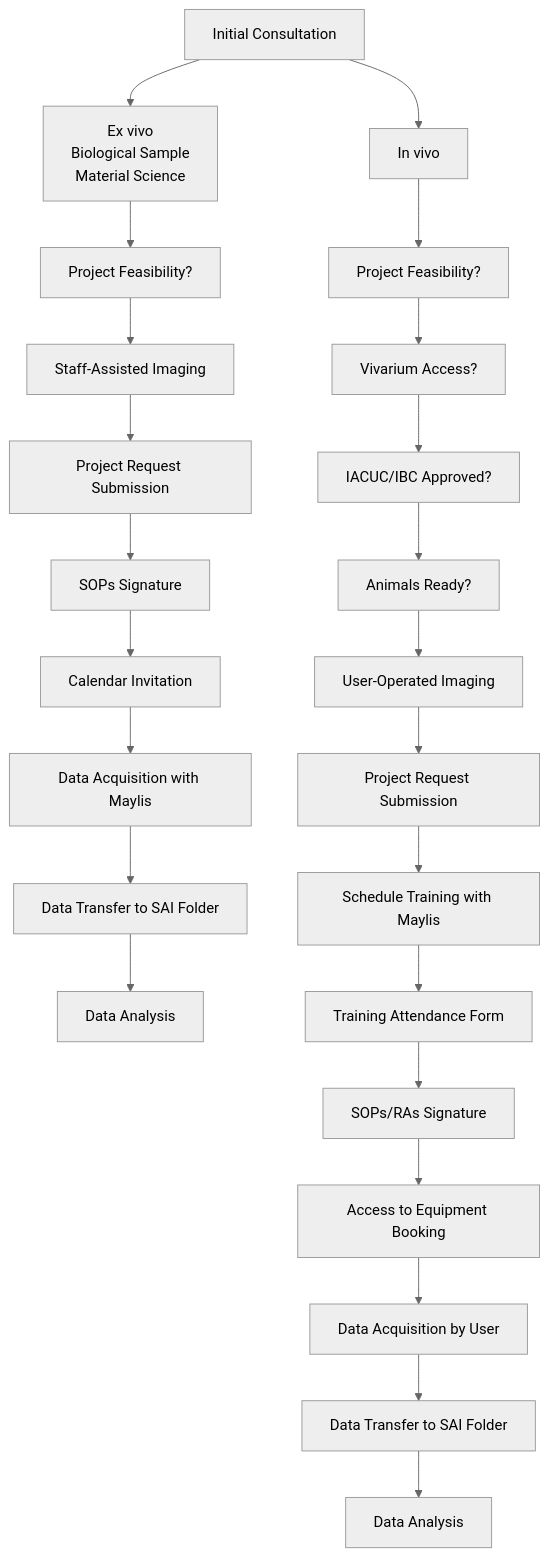
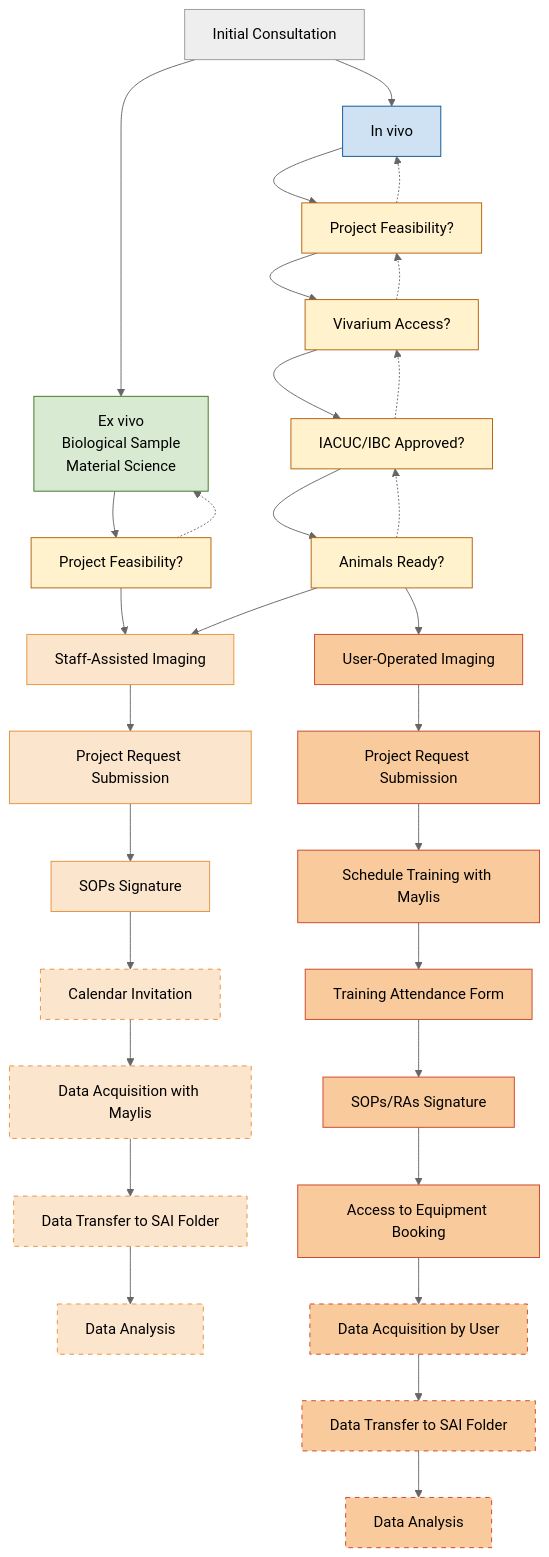
Before and after one commit to BioMedicalImaging-Core-NYUAD/smallanimalimaging-lab-documentation: the diagram in docs/source/1-lab-overview/SAI_scheduling.rst, drawn with Mermaid (neutral theme).

```diff
--- a/docs/source/1-lab-overview/SAI_scheduling.rst
+++ b/docs/source/1-lab-overview/SAI_scheduling.rst
@@ -8,32 +8,68 @@
 .. mermaid::
 
     graph TD
 
-    %% Initial Paths
-    A["Initial Consultation"] --> B["Ex vivo<br>Biological Sample<br>Material Science"]
-    A --> C["In vivo"]
+    %% Styles
+    classDef exvivo fill:#d9ead3,stroke:#38761d,stroke-width:1px;
+    classDef invivo fill:#cfe2f3,stroke:#0b5394,stroke-width:1px;
+    classDef decision fill:#fff2cc,stroke:#b45f06,stroke-width:1px;
+    classDef staff fill:#fce5cd,stroke:#e69138,stroke-width:1px;
+    classDef user fill:#f9cb9c,stroke:#cc4125,stroke-width:1px;
+    classDef groupbox stroke-dasharray: 5 5;
 
-    %% Ex vivo Branch
-    B --> D["Project Feasibility?"]
-    D --> E["Staff-Assisted Imaging"]
-    E --> F["Project Request Submission"]
-    F --> G["SOPs Signature"]
-    G --> H["Calendar Invitation"]
-    H --> I["Data Acquisition with Maylis"]
-    I --> J["Data Transfer to SAI Folder"]
-    J --> K["Data Analysis"]
+    %% Nodes
+    A["Initial Consultation"]
 
-    %% In vivo Branch
-    C --> L["Project Feasibility?"]
-    L --> M["Vivarium Access?"]
-    M --> N["IACUC/IBC Approved?"]
-    N --> O["Animals Ready?"]
-    O --> P["User-Operated Imaging"]
-    P --> Q["Project Request Submission"]
-    Q --> R["Schedule Training with Maylis"]
-    R --> S["Training Attendance Form"]
-    S --> T["SOPs/RAs Signature"]
-    T --> U["Access to Equipment Booking"]
-    U --> V["Data Acquisition by User"]
-    V --> W["Data Transfer to SAI Folder"]
-    W --> X["Data Analysis"]
+    B["Ex vivo<br>Biological Sample<br>Material Science"]:::exvivo
+    C["In vivo"]:::invivo
+
+    D["Project Feasibility?"]:::decision
+    E["Staff-Assisted Imaging"]:::staff
+    F["Project Request Submission"]:::staff
+    G["SOPs Signature"]:::staff
+    H["Calendar Invitation"]:::staff
+    I["Data Acquisition with Maylis"]:::staff
+    J["Data Transfer to SAI Folder"]:::staff
+    K["Data Analysis"]:::staff
+
+    L["Project Feasibility?"]:::decision
+    M["Vivarium Access?"]:::decision
+    N["IACUC/IBC Approved?"]:::decision
+    O["Animals Ready?"]:::decision
+    P["User-Operated Imaging"]:::user
+    Q["Project Request Submission"]:::user
+    R["Schedule Training with Maylis"]:::user
+    S["Training Attendance Form"]:::user
+    T["SOPs/RAs Signature"]:::user
+    U["Access to Equipment Booking"]:::user
+    V["Data Acquisition by User"]:::user
+    W["Data Transfer to SAI Folder"]:::user
+    X["Data Analysis"]:::user
+
+    %% Flow
+    A --> B
+    A --> C
+
+    %% Ex vivo flow
+    B --> D
+    D --> E
+    D -.-> B
+    E --> F --> G --> H --> I --> J --> K
+
+    %% In vivo flow
+    C --> L --> M --> N --> O
+    L -.-> C
+    M -.-> L
+    N -.-> M
+    O -.-> N
+
+    %% Conditional outcomes from Animals Ready
+    O --> E
+    O --> P
+
+    %% User-operated flow
+    P --> Q --> R --> S --> T --> U --> V --> W --> X
+
+    %% Dashed grouping boxes
+    class H,I,J,K groupbox;
+    class V,W,X groupbox;
```
